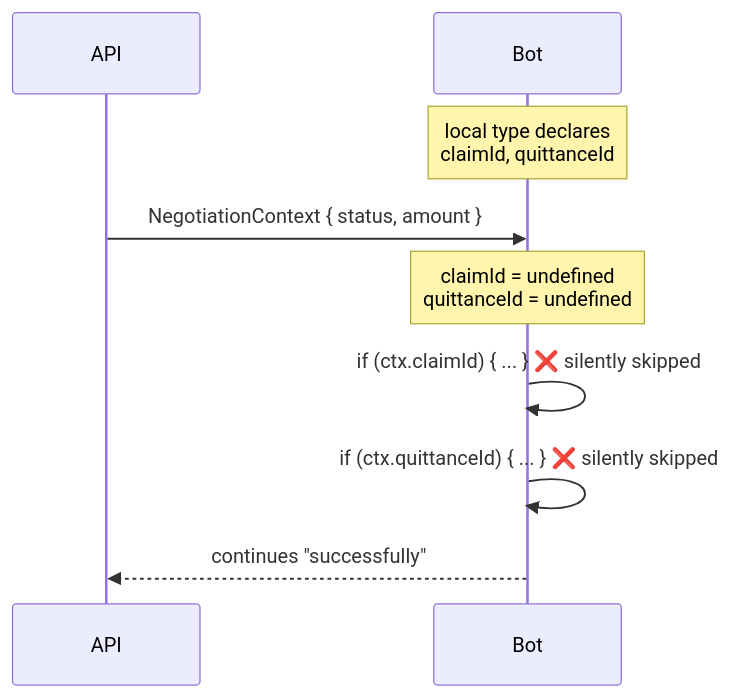
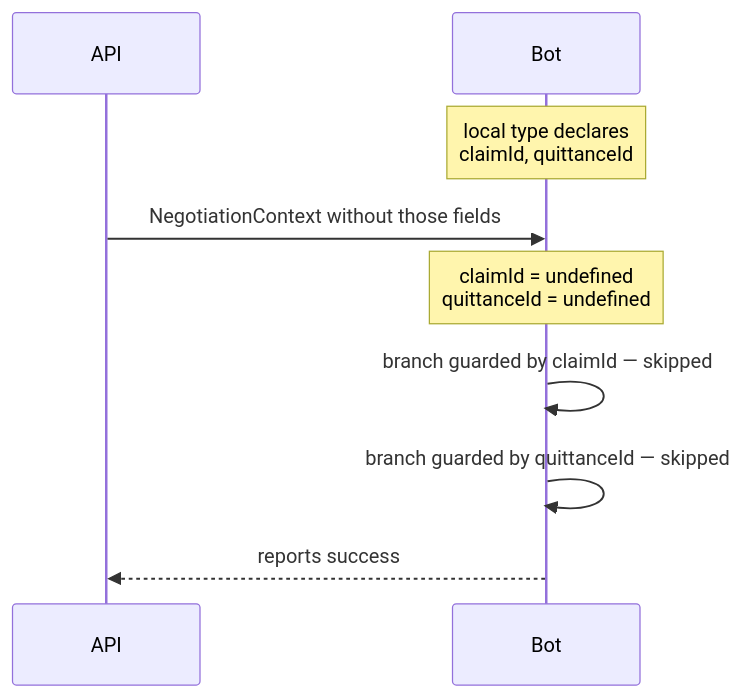
One commit to bzinoun/curator changed the first of 3 diagrams in site/src/content/articles/silent-failures.md. Above: the diagram before and after it, drawn with Mermaid. The commit also changed other lines of this file and 8 other files, not shown here.

First line of the commit message:
style: articles rewritten by Fable — narrative direct voice, 3-4 diagrams each

````diff
--- a/site/src/content/articles/silent-failures.md
+++ b/site/src/content/articles/silent-failures.md
@@ -24,11 +24,11 @@
 ```mermaid
 sequenceDiagram
     participant API
     participant Bot
     Note over Bot: local type declares<br/>claimId, quittanceId
-    API->>Bot: NegotiationContext { status, amount }
+    API->>Bot: NegotiationContext without those fields
     Note over Bot: claimId = undefined<br/>quittanceId = undefined
-    Bot->>Bot: if (ctx.claimId) { ... }  ❌ silently skipped
-    Bot->>Bot: if (ctx.quittanceId) { ... }  ❌ silently skipped
-    Bot-->>API: continues "successfully"
+    Bot->>Bot: branch guarded by claimId — skipped
+    Bot->>Bot: branch guarded by quittanceId — skipped
+    Bot-->>API: reports success
 ```
````
